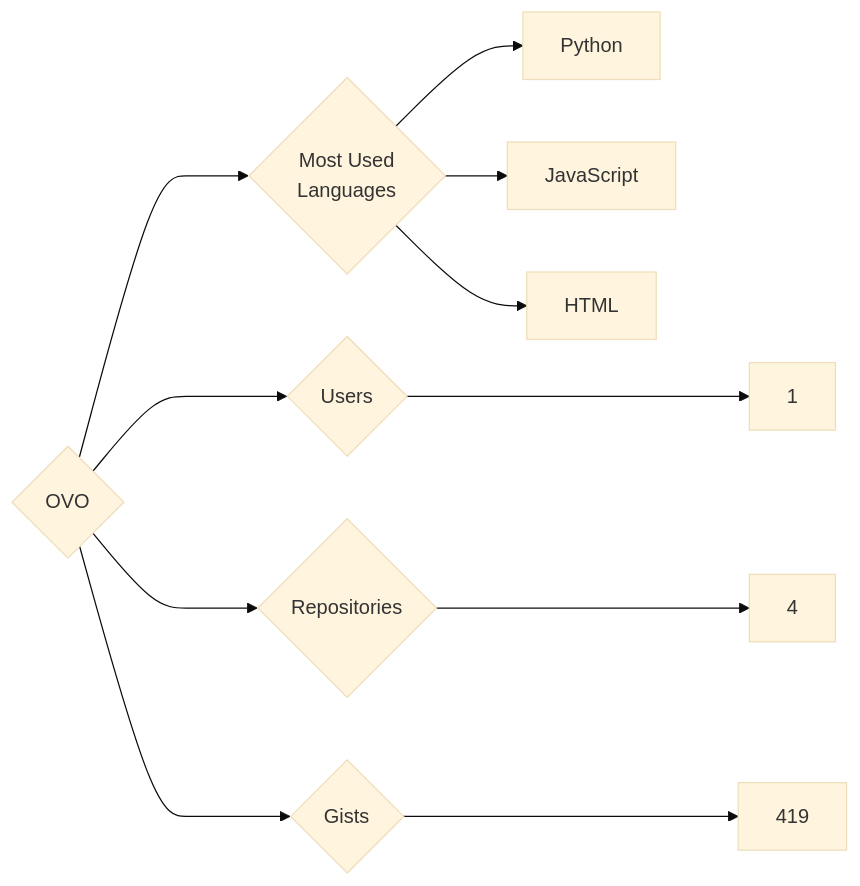
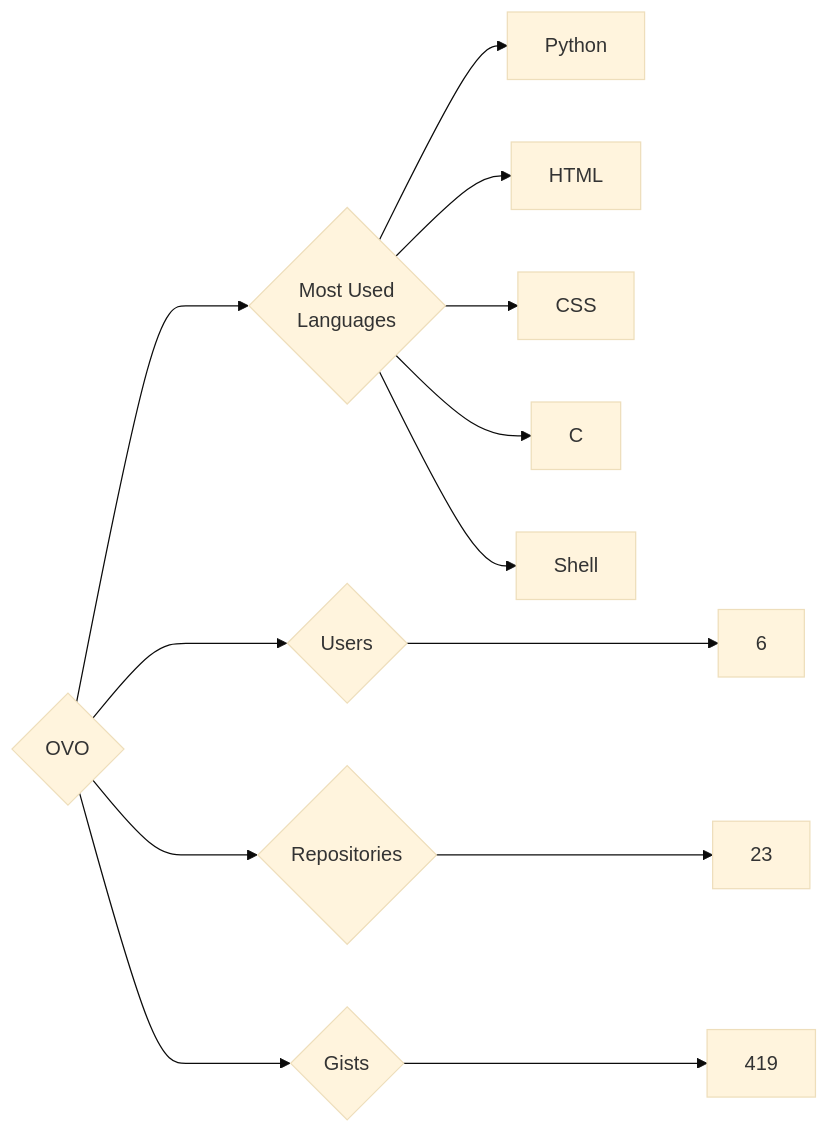
One commit to trickest/insiders changed the diagram in targets/OVO/README.md. Above: the diagram before and after it, drawn with Mermaid (base theme). The commit also changed 993 other files, not shown here.

````diff
--- a/targets/OVO/README.md
+++ b/targets/OVO/README.md
@@ -3,11 +3,13 @@
 ```mermaid
 graph LR
 COMPANY_NAME{OVO}
-COMPANY_NAME ---> U{Users} ---> UN[1]
-COMPANY_NAME ---> R{Repositories} ---> RN[4]
+COMPANY_NAME ---> U{Users} ---> UN[6]
+COMPANY_NAME ---> R{Repositories} ---> RN[23]
 COMPANY_NAME ---> G{Gists} ---> GN[419]
 COMPANY_NAME ---> ML{Most Used<br>Languages}
 ML --> Python[Python]
-ML --> JavaScript[JavaScript]
 ML --> HTML[HTML]
+ML --> CSS[CSS]
+ML --> C[C]
+ML --> Shell[Shell]
 ```
````
